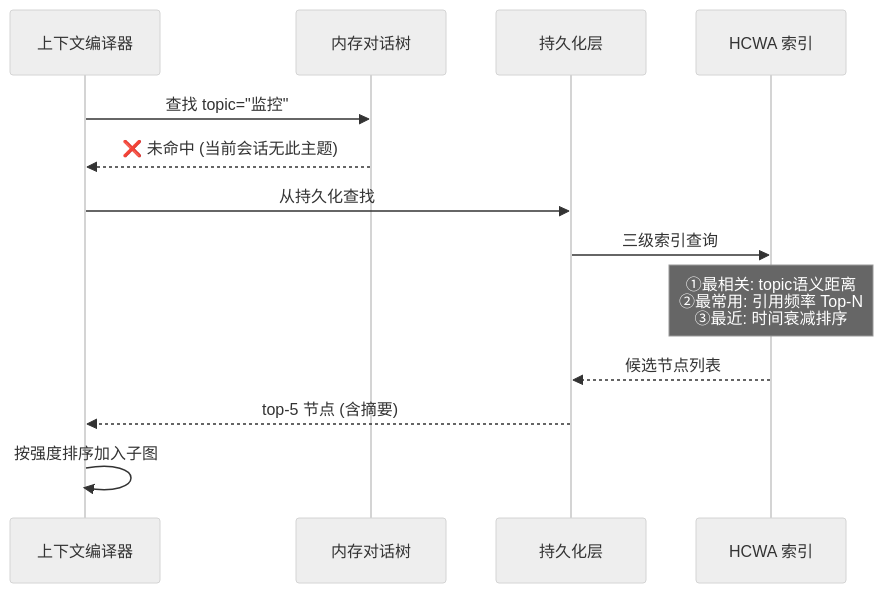
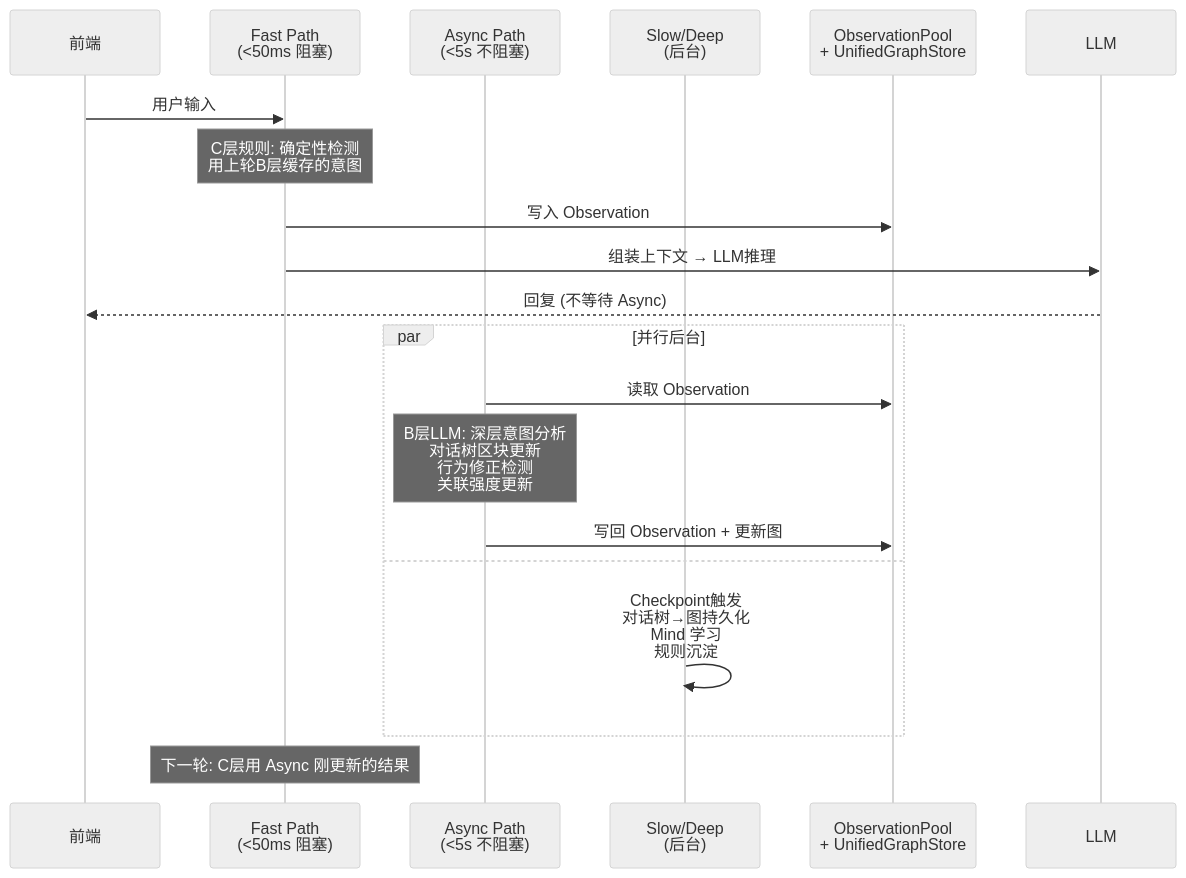
The first of 2 diagrams in docs/BUSINESS_CHAIN_01_CONVERSATION_TREE.md (aptshark-g/DialogMesh), drawn with Mermaid (neutral theme) before and after one commit. The commit also changed other lines of this file, not shown here.

Commit message:
Business chain 01 v3: path-aware (Fast/Async/Slow/Deep), module isolation via ObservationPool, ContextCompiler as unified stage

````diff
--- a/docs/BUSINESS_CHAIN_01_CONVERSATION_TREE.md
+++ b/docs/BUSINESS_CHAIN_01_CONVERSATION_TREE.md
@@ -164,19 +16,28 @@
 ```mermaid
 sequenceDiagram
-    participant CTX as 上下文编译器
-    participant MEM as 内存对话树
-    participant DISK as 持久化层
-    participant HCWA as HCWA 索引
+    participant UI as 前端
+    participant FAST as Fast Path<br/>(<50ms 阻塞)
+    participant ASYNC as Async Path<br/>(<5s 不阻塞)
+    participant SLOW as Slow/Deep<br/>(后台)
+    participant MEM as ObservationPool<br/>+ UnifiedGraphStore
+    participant LLM as LLM
     
-    CTX->>MEM: 查找 topic="监控"
-    MEM-->>CTX: ❌ 未命中 (当前会话无此主题)
+    UI->>FAST: 用户输入
     
-    CTX->>DISK: 从持久化查找
-    DISK->>HCWA: 三级索引查询
-    Note over HCWA: ①最相关: topic语义距离<br/>②最常用: 引用频率 Top-N<br/>③最近: 时间衰减排序
+    Note over FAST: C层规则: 确定性检测<br/>用上轮B层缓存的意图
     
-    HCWA-->>DISK: 候选节点列表
-    DISK-->>CTX: top-5 节点 (含摘要)
+    FAST->>MEM: 写入 Observation
     
-    CTX->>CTX: 按强度排序加入子图
+    FAST->>LLM: 组装上下文 → LLM推理
+    LLM-->>UI: 回复 (不等待 Async)
+    
+    par 并行后台
+        ASYNC->>MEM: 读取 Observation
+        Note over ASYNC: B层LLM: 深层意图分析<br/>对话树区块更新<br/>行为修正检测<br/>关联强度更新
+        ASYNC->>MEM: 写回 Observation + 更新图
+    and
+        SLOW->>SLOW: Checkpoint触发<br/>对话树→图持久化<br/>Mind 学习<br/>规则沉淀
+    end
+    
+    Note over FAST: 下一轮: C层用 Async 刚更新的结果
 ```
````
